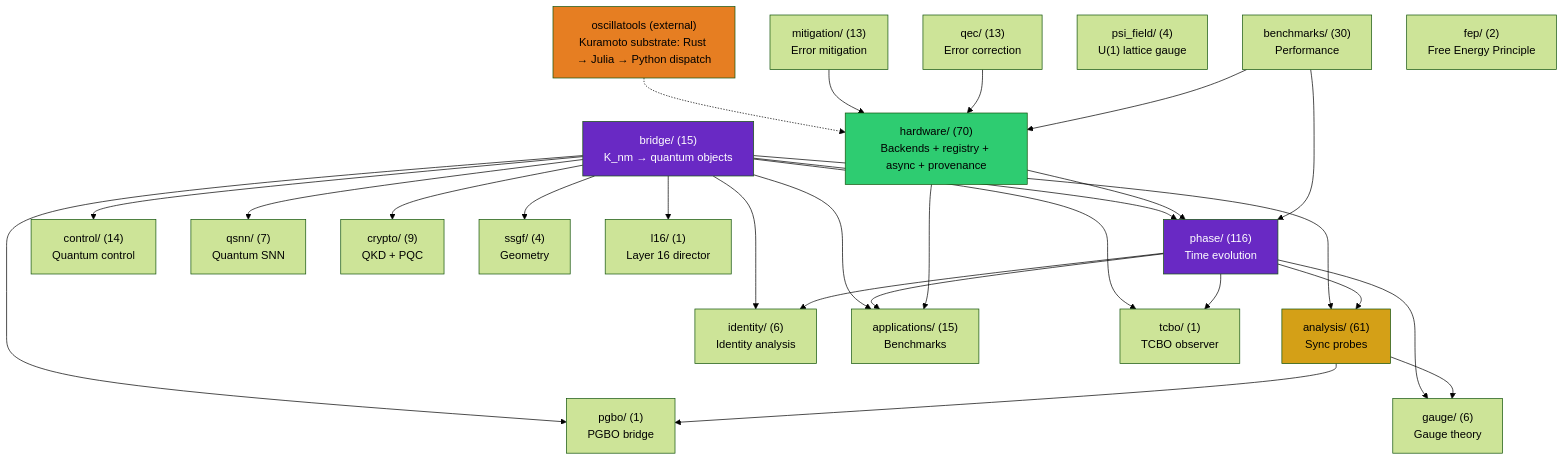
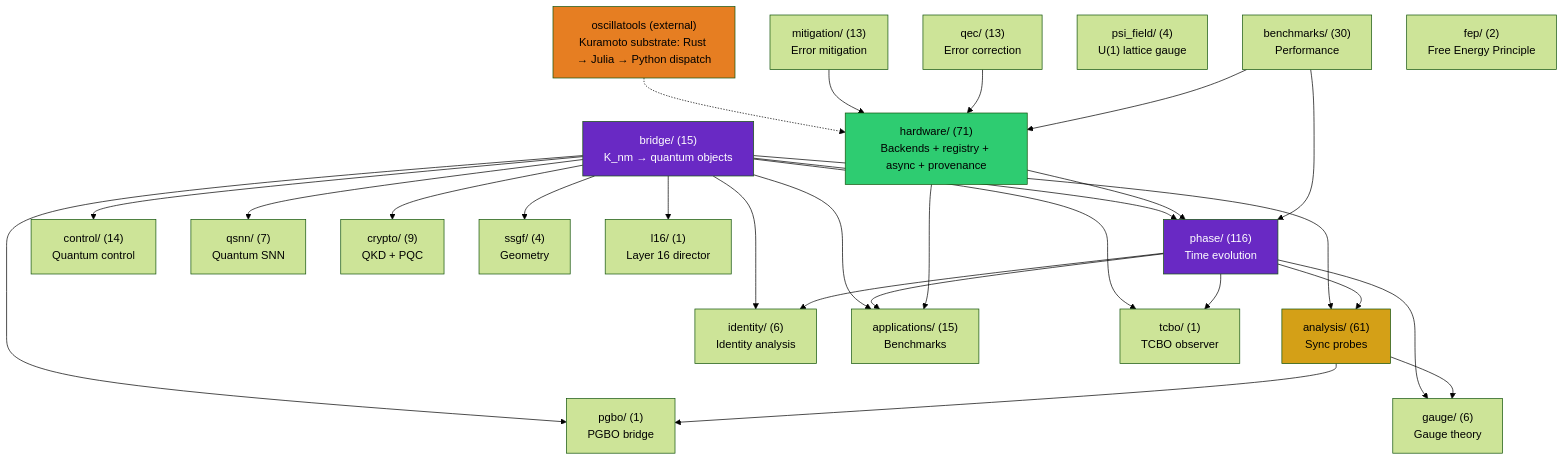
Before and after one commit to anulum/scpn-quantum-control: the first of 4 diagrams in docs/architecture.md, drawn with Mermaid (forest theme). The commit also changed other lines of this file and 9 other files, not shown here.

````diff
--- a/docs/architecture.md
+++ b/docs/architecture.md
@@ -362,55 +362,55 @@
 ```mermaid
 graph TD
     bridge["bridge/ (15)\nK_nm → quantum objects"]
     phase["phase/ (116)\nTime evolution"]
     analysis["analysis/ (61)\nSync probes"]
     control["control/ (14)\nQuantum control"]
     qsnn["qsnn/ (7)\nQuantum SNN"]
     identity["identity/ (6)\nIdentity analysis"]
-    hardware["hardware/ (70)\nBackends + registry + async + provenance"]
+    hardware["hardware/ (71)\nBackends + registry + async + provenance"]
     mitigation["mitigation/ (13)\nError mitigation"]
     qec["qec/ (13)\nError correction"]
     gauge["gauge/ (6)\nGauge theory"]
     apps["applications/ (15)\nBenchmarks"]
     crypto["crypto/ (9)\nQKD + PQC"]
     benchmarks["benchmarks/ (30)\nPerformance"]
     ssgf["ssgf/ (4)\nGeometry"]
     psi_field["psi_field/ (4)\nU(1) lattice gauge"]
     oscillatools["oscillatools (external)\nKuramoto substrate: Rust → Julia → Python dispatch"]
     fep["fep/ (2)\nFree Energy Principle"]
     tcbo["tcbo/ (1)\nTCBO observer"]
     pgbo["pgbo/ (1)\nPGBO bridge"]
     l16["l16/ (1)\nLayer 16 director"]
 
     bridge --> phase
     bridge --> analysis
     bridge --> control
     bridge --> qsnn
     bridge --> identity
     bridge --> apps
     bridge --> crypto
     bridge --> ssgf
     phase --> analysis
     phase --> identity
     phase --> apps
     phase --> gauge
     analysis --> gauge
     hardware --> phase
     hardware --> apps
     oscillatools -.-> hardware
     mitigation --> hardware
     qec --> hardware
     benchmarks --> phase
     benchmarks --> hardware
     bridge --> tcbo
     bridge --> pgbo
     bridge --> l16
     phase --> tcbo
     analysis --> pgbo
 
     style bridge fill:#6929C4,color:#fff
     style analysis fill:#d4a017,color:#000
     style phase fill:#6929C4,color:#fff
     style hardware fill:#2ecc71,color:#000
     style oscillatools fill:#e67e22,color:#000
 ```
````
